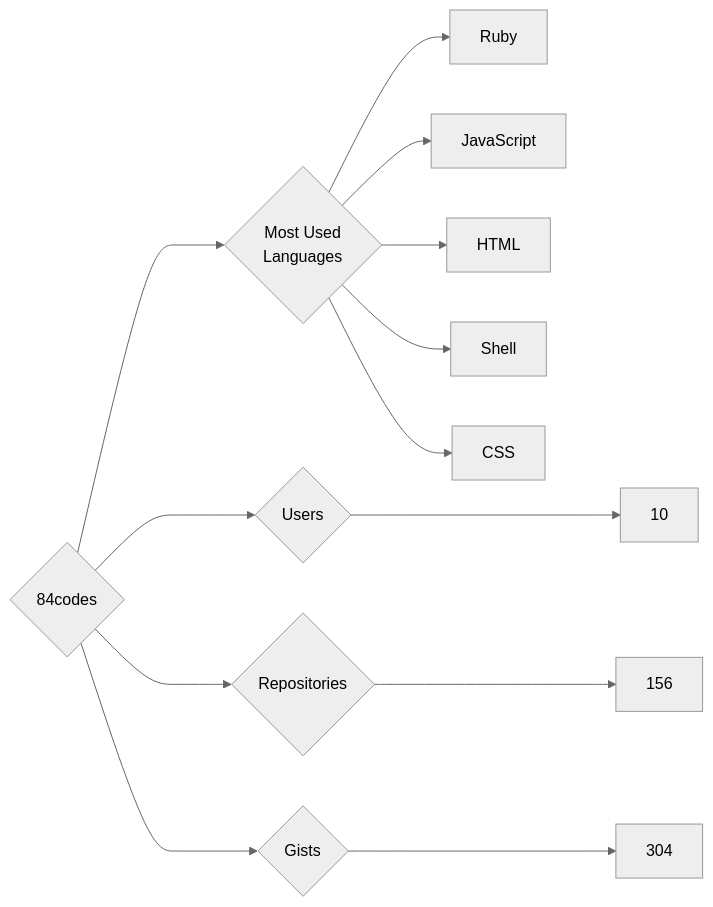
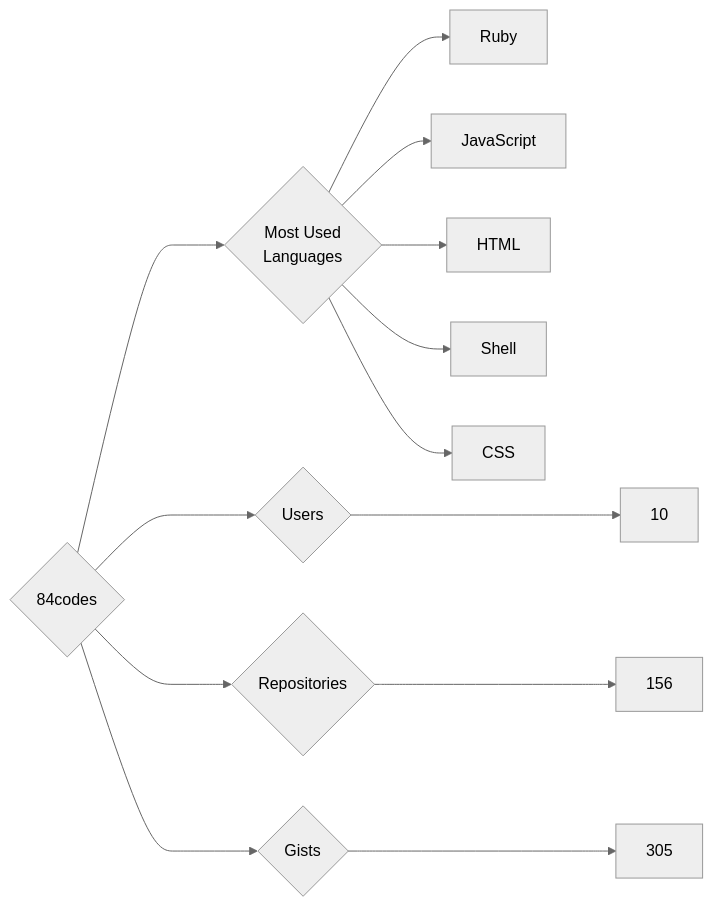
Before and after one commit to trickest/insiders: the diagram in targets/84codes/README.md, drawn with Mermaid (neutral theme). The commit also changed 1084 other files, not shown here.

````diff
--- a/targets/84codes/README.md
+++ b/targets/84codes/README.md
@@ -3,13 +3,13 @@
 ```mermaid
 graph LR
 COMPANY_NAME{84codes}
 COMPANY_NAME ---> U{Users} ---> UN[10]
 COMPANY_NAME ---> R{Repositories} ---> RN[156]
-COMPANY_NAME ---> G{Gists} ---> GN[304]
+COMPANY_NAME ---> G{Gists} ---> GN[305]
 COMPANY_NAME ---> ML{Most Used<br>Languages}
 ML --> Ruby[Ruby]
 ML --> JavaScript[JavaScript]
 ML --> HTML[HTML]
 ML --> Shell[Shell]
 ML --> CSS[CSS]
 ```
````
